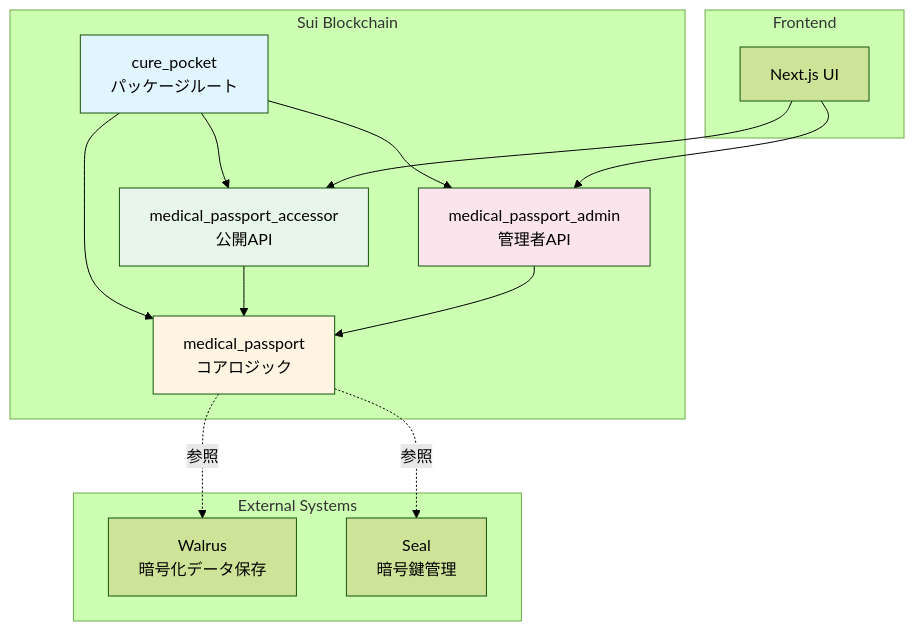
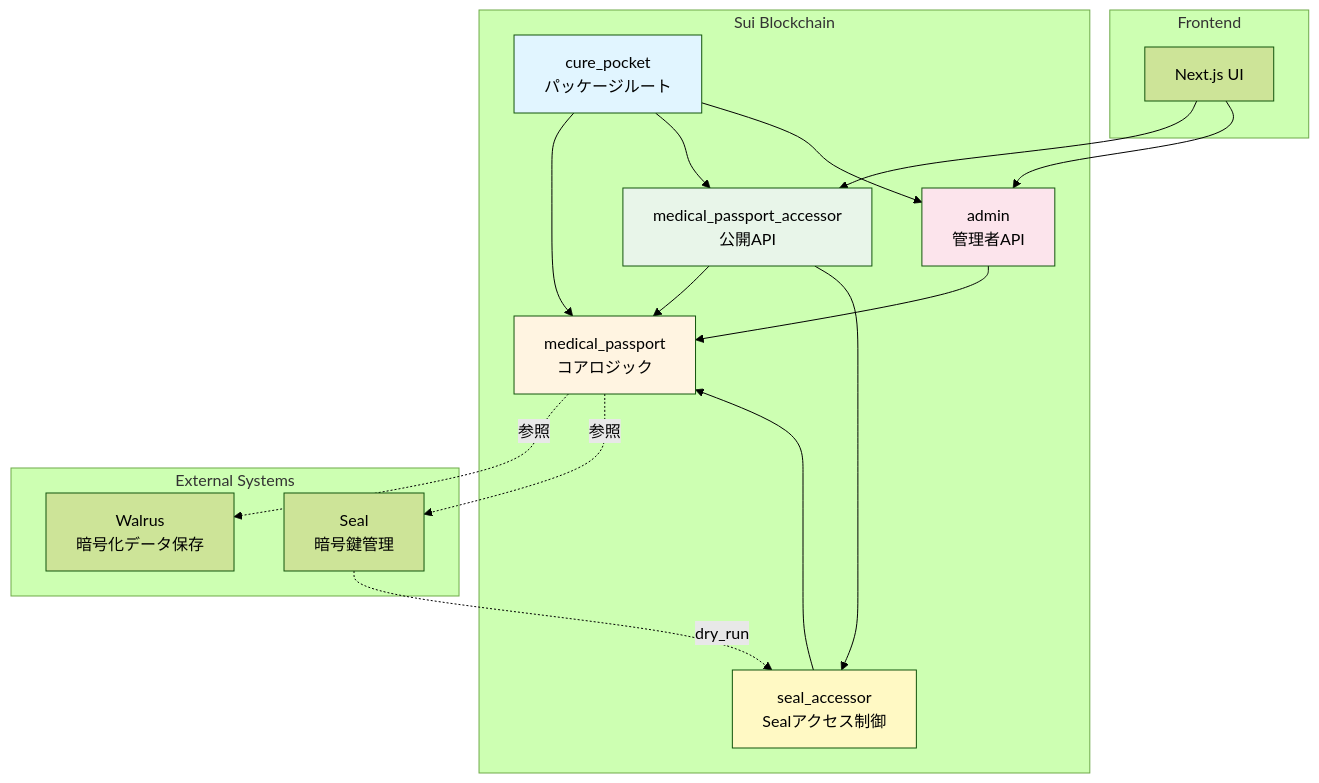
Before and after one commit to UnagiLabs/cure_pocket: the first of 6 diagrams in docs/contract.md, drawn with Mermaid (forest theme). The commit also changed other lines of this file, not shown here.

````diff
--- a/docs/contract.md
+++ b/docs/contract.md
@@ -57,33 +56,38 @@
 ```mermaid
 graph TB
     subgraph "Sui Blockchain"
         CP[cure_pocket<br/>パッケージルート]
         MP[medical_passport<br/>コアロジック]
         ACC[medical_passport_accessor<br/>公開API]
-        ADM[medical_passport_admin<br/>管理者API]
+        ADM[admin<br/>管理者API]
+        SEAL_ACC[seal_accessor<br/>Sealアクセス制御]
     end
 
     subgraph "External Systems"
         WALRUS[Walrus<br/>暗号化データ保存]
         SEAL[Seal<br/>暗号鍵管理]
     end
 
     subgraph "Frontend"
         UI[Next.js UI]
     end
 
     CP --> MP
     CP --> ACC
     CP --> ADM
     ACC --> MP
+    ACC --> SEAL_ACC
     ADM --> MP
+    SEAL_ACC --> MP
     UI --> ACC
     UI --> ADM
+    SEAL -.dry_run.-> SEAL_ACC
     MP -.参照.-> WALRUS
     MP -.参照.-> SEAL
 
     style CP fill:#e1f5ff
     style MP fill:#fff4e1
     style ACC fill:#e8f5e9
     style ADM fill:#fce4ec
+    style SEAL_ACC fill:#fff9c4
 ```
````
